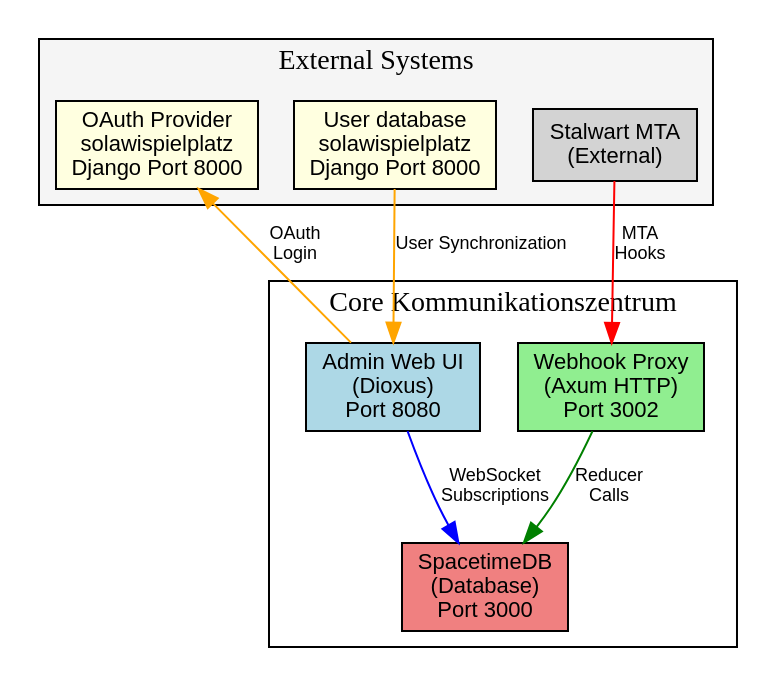
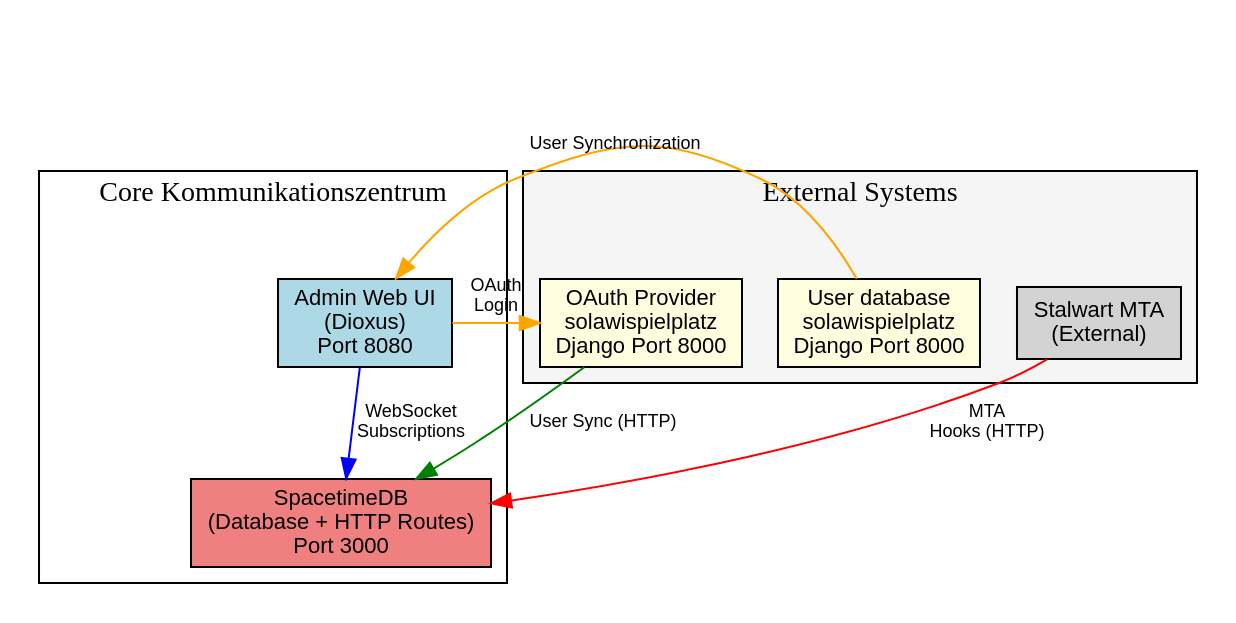
One commit to enaut/kommunikationszentrum changed the first of 3 diagrams in docs/src/core/architecture.md. Above: the diagram before and after it, drawn with Graphviz. The commit also changed other lines of this file and 64 other files, not shown here.

Commit message:
remove the webhook-proxy and use a spacetime embedded http handler instead to reduce complexity

````diff
--- a/docs/src/core/architecture.md
+++ b/docs/src/core/architecture.md
@@ -7,45 +7,42 @@
 ```dot process
 digraph system_architecture {
     // Graph settings
     rankdir=TB;
     node [shape=box, fontname="Arial", fontsize=11, style=filled];
     edge [fontname="Arial", fontsize=9];
-    
+
     // Main components
     admin_ui [label="Admin Web UI\n(Dioxus)\nPort 8080", fillcolor=lightblue];
-    webhook_proxy [label="Webhook Proxy\n(Axum HTTP)\nPort 3002", fillcolor=lightgreen];
-    spacetimedb [label="SpacetimeDB\n(Database)\nPort 3000", fillcolor=lightcoral];
-    
+    spacetimedb [label="SpacetimeDB\n(Database + HTTP Routes)\nPort 3000", fillcolor=lightcoral];
+
     // External dependencies
     django [label="OAuth Provider\nsolawispielplatz\nDjango Port 8000", fillcolor=lightyellow];
-    // External dependencies
     django_user [label="User database\nsolawispielplatz\nDjango Port 8000", fillcolor=lightyellow];
     stalwart [label="Stalwart MTA\n(External)", fillcolor=lightgray];
-    
+
     // Connections
     admin_ui -> spacetimedb [label="WebSocket\nSubscriptions", color=blue];
-    webhook_proxy -> spacetimedb [label="Reducer\nCalls", color=green];
     admin_ui -> django [label="OAuth\nLogin", color=orange];
     django_user -> admin_ui [label="User Synchronization", color=orange];
-    stalwart -> webhook_proxy [label="MTA\nHooks", color=red];
-    
+    stalwart -> spacetimedb [label="MTA\nHooks (HTTP)", color=red];
+    django -> spacetimedb [label="User Sync (HTTP)", color=green];
+
     // Grouping
     subgraph cluster_core {
         label="Core Kommunikationszentrum";
         style=filled;
         fillcolor=white;
         admin_ui;
-        webhook_proxy;
         spacetimedb;
     }
-    
+
     subgraph cluster_external {
         label="External Systems";
         style=filled;
         fillcolor=whitesmoke;
         django;
         django_user;
         stalwart;
     }
 }
 ```
````
